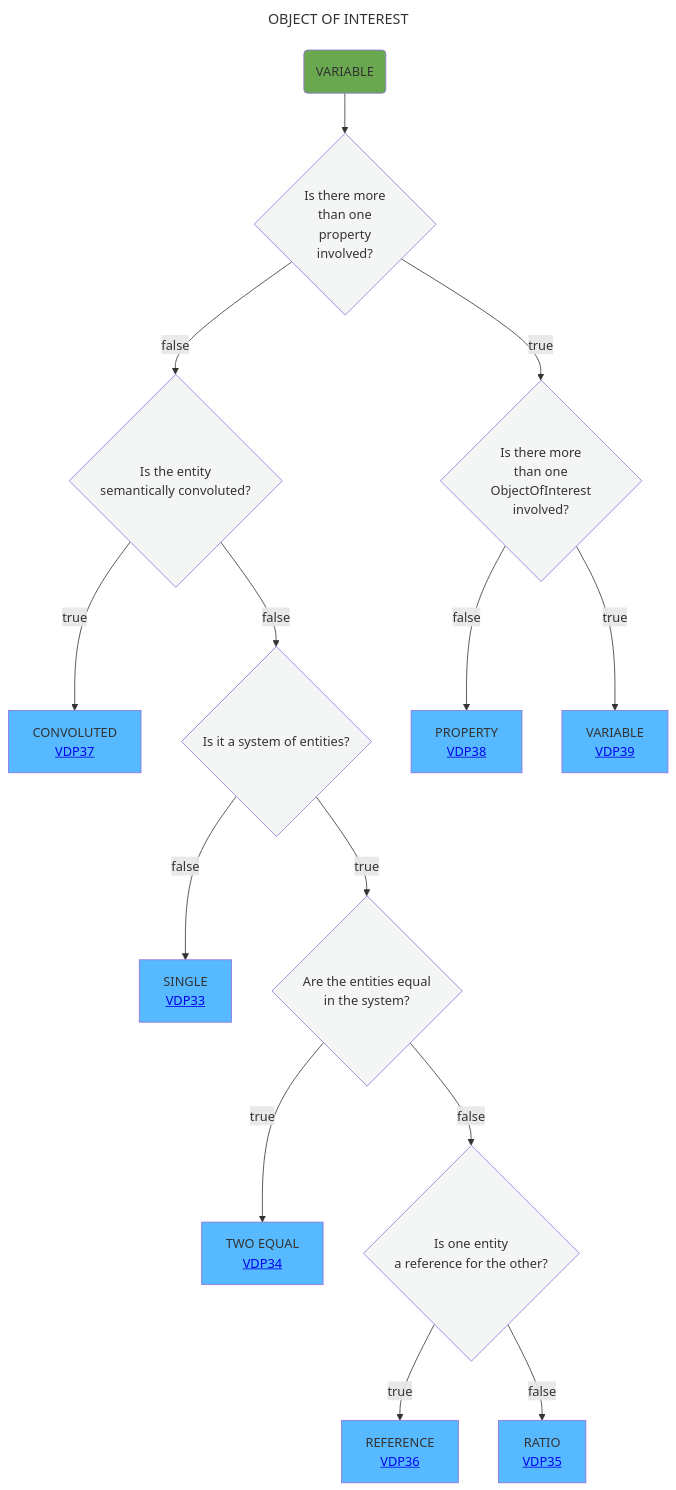
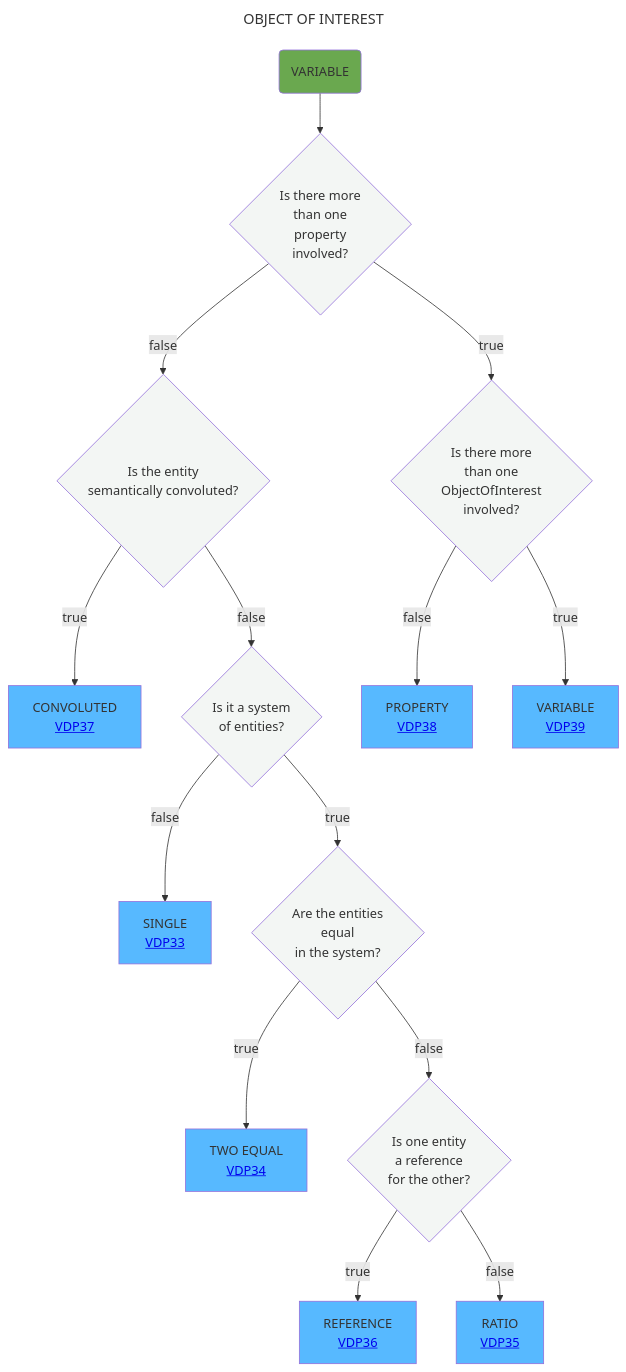
One commit to mabablue/I-ADOPT-patterns-playground changed the diagram in Decisition_trees/DT6.mmd. Above: the diagram before and after it, drawn with Mermaid.

Commit message:
Fix formatting in decision tree questions

```diff
--- a/Decisition_trees/DT6.mmd
+++ b/Decisition_trees/DT6.mmd
@@ -1,21 +1,21 @@
 ---
 title: OBJECT OF INTEREST
 ---
 flowchart TD
     A(VARIABLE):::green --> AB{Is there more <br> than one <br> property <br> involved?}:::white
     AB --> |false|B{Is the entity <br> semantically convoluted?}:::white
     AB --> |true|O{Is there more <br> than one <br> ObjectOfInterest <br> involved?}:::white
     B --> |true|C[CONVOLUTED <br> <a href='https://github.com/mabablue/I-ADOPT-patterns-playground/blob/main/pattern/VDP37.yaml'>VDP37</a>]:::satblue
-    B --> |false|D{Is it a system of entities?}:::white
+    B --> |false|D{Is it a system <br> of entities?}:::white
     D --> |false|E[SINGLE <br> <a href='https://github.com/mabablue/I-ADOPT-patterns-playground/blob/main/pattern/VDP33.yaml'>VDP33</a>]:::satblue
-    D --> |true|F{Are the entities equal <br> in the system?}:::white
+    D --> |true|F{Are the entities <br> equal <br> in the system?}:::white
     F --> |true|G[TWO EQUAL <br> <a href='https://github.com/mabablue/I-ADOPT-patterns-playground/blob/main/pattern/VDP34.yaml'>VDP34</a>]:::satblue
-    F --> |false|H{Is one entity <br> a reference for the other?}:::white
+    F --> |false|H{Is one entity <br> a reference <br> for the other?}:::white
     H --> |true|I[REFERENCE <br> <a href='https://github.com/mabablue/I-ADOPT-patterns-playground/blob/main/pattern/VDP36.yaml'>VDP36</a>]:::satblue
     H --> |false|J[RATIO <br> <a href='https://github.com/mabablue/I-ADOPT-patterns-playground/blob/main/pattern/VDP35.yaml'>VDP35</a>]:::satblue
     O --> |false|Q[PROPERTY <br> <a href='https://github.com/mabablue/I-ADOPT-patterns-playground/blob/main/pattern/VDP38.yaml'>VDP38</a>]:::satblue
     O --> |true|R[VARIABLE <br> <a href='https://github.com/mabablue/I-ADOPT-patterns-playground/blob/main/pattern/VDP39.yaml'>VDP39</a>]:::satblue
    classDef blue fill:#90D5FF
    classDef satblue fill:#57B9FF 
    classDef white fill:#f3f6f4
    classDef green fill:#6aa84f
```
